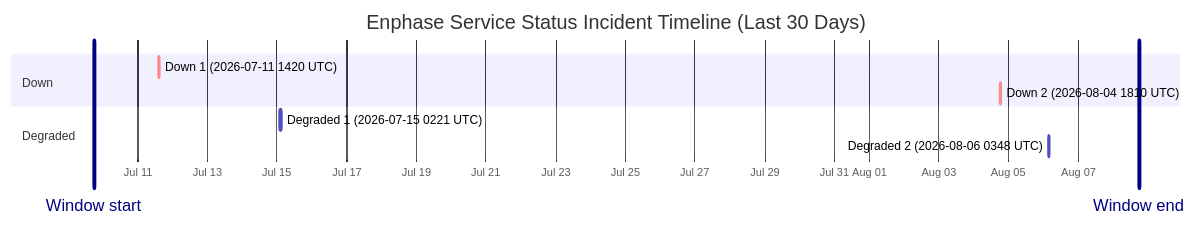
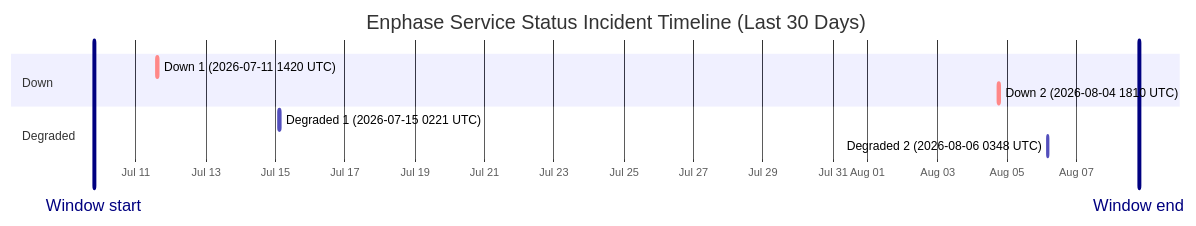
The diagram in wiki/Service-Status-History.md (barneyonline/ha-enphase-energy), drawn with Mermaid before and after one commit. The commit also changed other lines of this file and 3 other files, not shown here.

````diff
--- a/wiki/Service-Status-History.md
+++ b/wiki/Service-Status-History.md
@@ -14,14 +14,14 @@
 ```mermaid
 gantt
     title Enphase Service Status Incident Timeline (Last 30 Days)
     dateFormat  YYYY-MM-DDTHH:mm:ss
     axisFormat  %b %d
-    Window start :vert, window-start, 2026-07-09T17:58:52, 0ms
-    Window end :vert, window-end, 2026-08-08T17:58:52, 0ms
+    Window start :vert, window-start, 2026-07-09T18:50:23, 0ms
+    Window end :vert, window-end, 2026-08-08T18:50:23, 0ms
     section Down
     Down 1 (2026-07-11 1420 UTC) :crit, down-1, 2026-07-11T14:20:54, 69m
     Down 2 (2026-08-04 1810 UTC) :crit, down-2, 2026-08-04T18:10:46, 60m
     section Degraded
     Degraded 1 (2026-07-15 0221 UTC) :active, degraded-1, 2026-07-15T02:21:35, 60m
     Degraded 2 (2026-08-06 0348 UTC) :active, degraded-2, 2026-08-06T03:48:14, 60m
 ```
````
